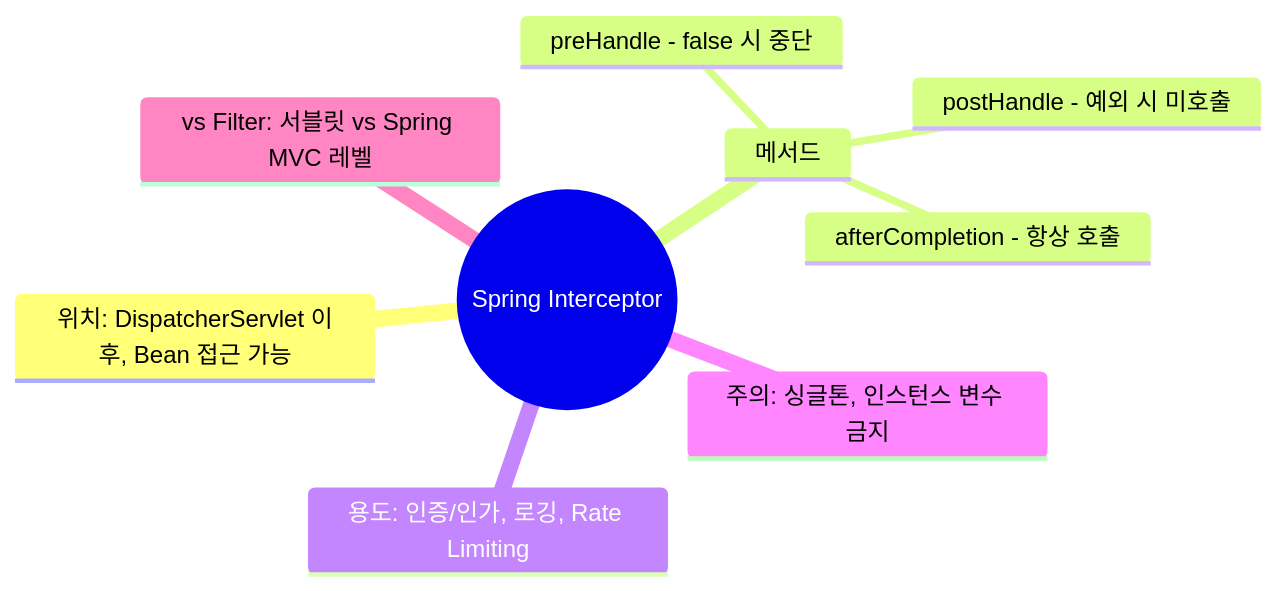
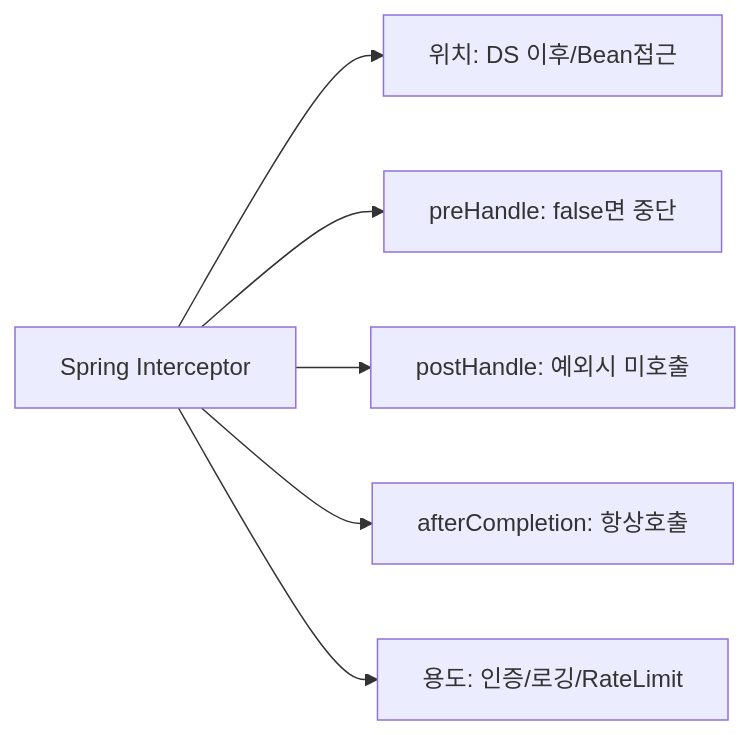
Before and after one commit to yjkim2015/yjkim2015.github.io: the eighth of 8 diagrams in _posts/spring/2026-05-02-spring-interceptor.md, drawn with Mermaid. The commit also changed other lines of this file and 84 other files, not shown here.

First line of the commit message:
85개 포스트 Mermaid 다이어그램 규칙 일괄 수정

````diff
--- a/_posts/spring/2026-05-02-spring-interceptor.md
+++ b/_posts/spring/2026-05-02-spring-interceptor.md
@@ -1310,12 +1309,8 @@
 ```mermaid
-mindmap
-  root((Spring Interceptor))
-    위치: DispatcherServlet 이후, Bean 접근 가능
-    메서드
-      preHandle - false 시 중단
-      postHandle - 예외 시 미호출
-      afterCompletion - 항상 호출
-    용도: 인증/인가, 로깅, Rate Limiting
-    주의: 싱글톤, 인스턴스 변수 금지
-    vs Filter: 서블릿 vs Spring MVC 레벨
+graph LR
+    IC["Spring Interceptor"] --> POS["위치: DS 이후/Bean접근"]
+    IC --> PRE["preHandle: false면 중단"]
+    IC --> POST["postHandle: 예외시 미호출"]
+    IC --> AFTER["afterCompletion: 항상호출"]
+    IC --> USE["용도: 인증/로깅/RateLimit"]
 ```
````
